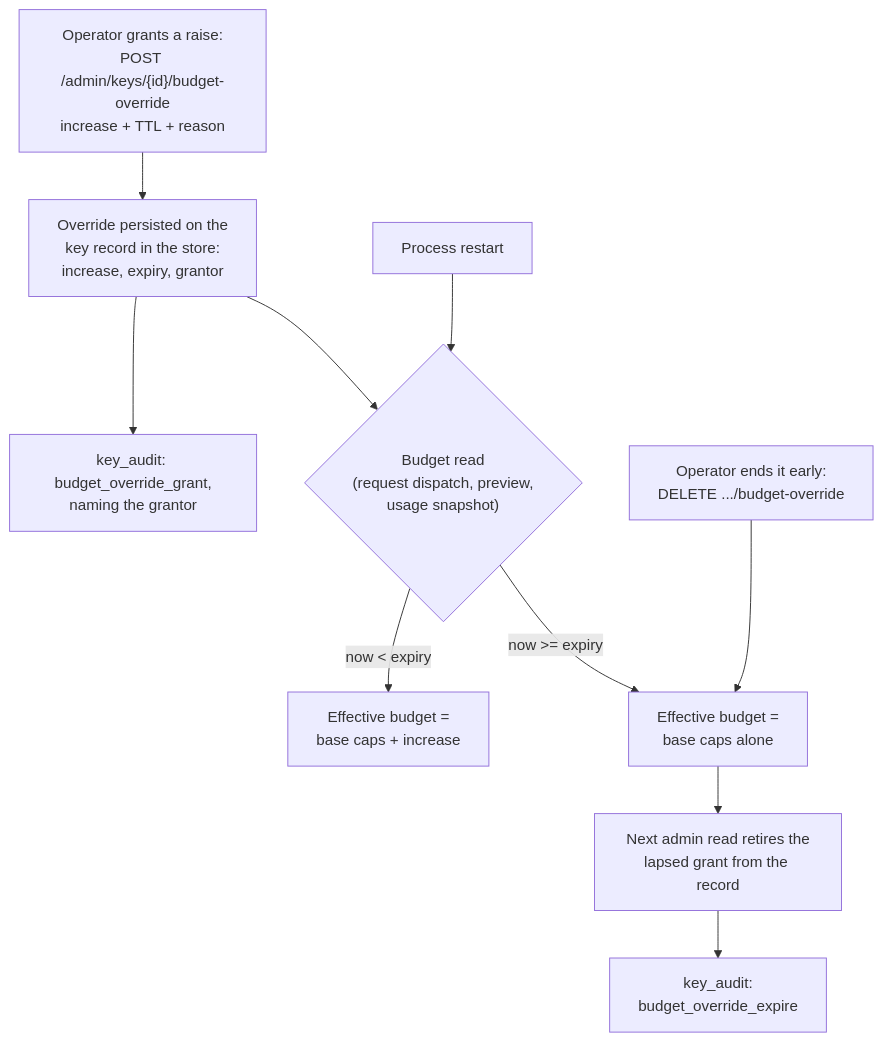
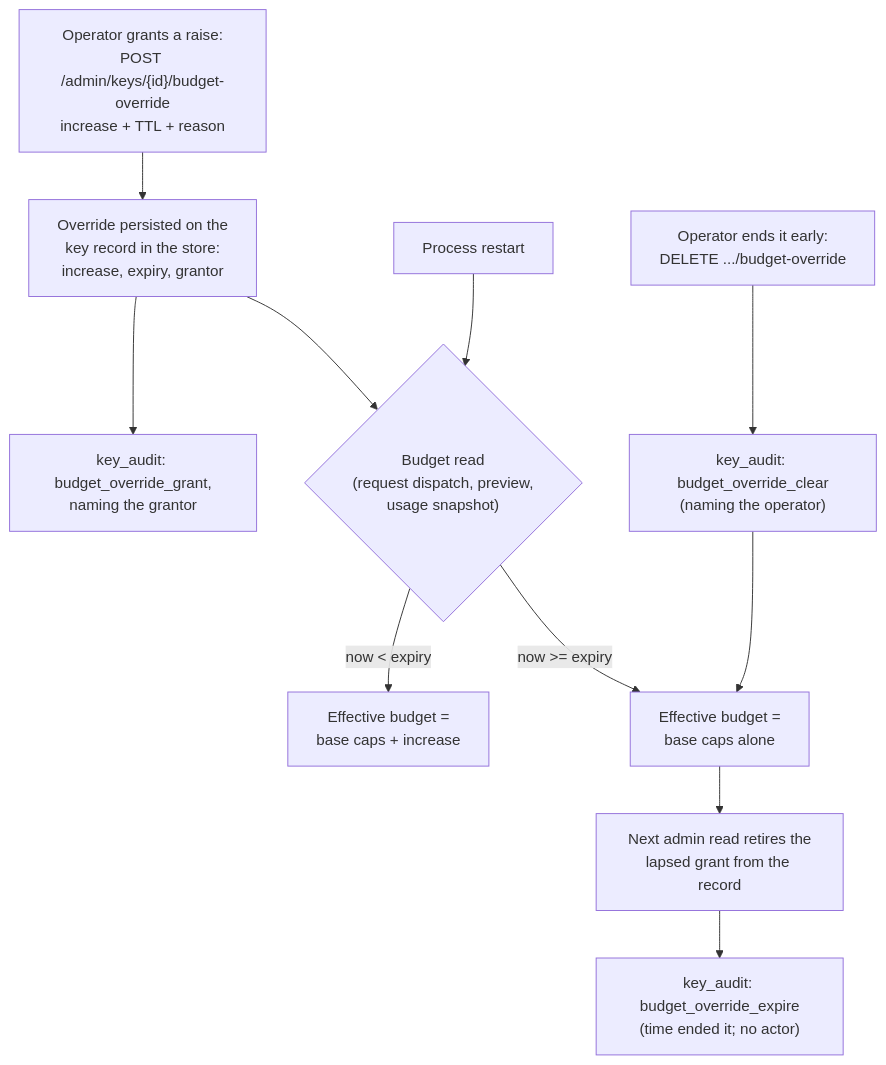
Before and after one commit to soapbucket/sbproxy: the first of 2 diagrams in docs/ai-gateway.md, drawn with Mermaid. The commit also changed other lines of this file and 26 other files, not shown here.

````diff
--- a/docs/ai-gateway.md
+++ b/docs/ai-gateway.md
@@ -1357,12 +1357,13 @@
 ```mermaid
 flowchart TD
     GRANT["Operator grants a raise:\nPOST /admin/keys/{id}/budget-override\nincrease + TTL + reason"] --> STORE["Override persisted on the\nkey record in the store:\nincrease, expiry, grantor"]
     STORE --> AUDIT1["key_audit: budget_override_grant,\nnaming the grantor"]
     STORE --> READ{"Budget read\n(request dispatch, preview,\nusage snapshot)"}
     READ -->|"now < expiry"| RAISED["Effective budget =\nbase caps + increase"]
     READ -->|"now >= expiry"| BASE["Effective budget =\nbase caps alone"]
     RESTART["Process restart"] --> READ
     BASE --> SWEEP["Next admin read retires the\nlapsed grant from the record"]
-    SWEEP --> AUDIT2["key_audit:\nbudget_override_expire"]
-    CLEAR["Operator ends it early:\nDELETE .../budget-override"] --> BASE
+    SWEEP --> AUDIT2["key_audit: budget_override_expire\n(time ended it; no actor)"]
+    CLEAR["Operator ends it early:\nDELETE .../budget-override"] --> AUDIT3["key_audit: budget_override_clear\n(naming the operator)"]
+    AUDIT3 --> BASE
 ```
````
